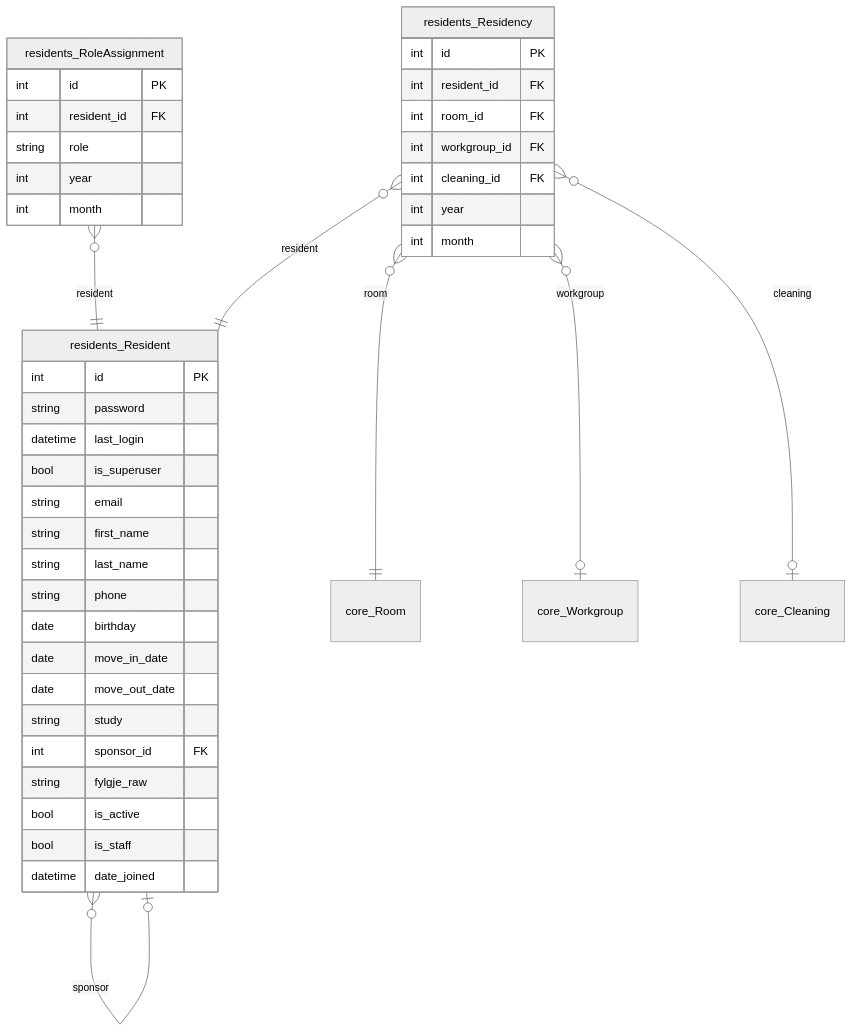
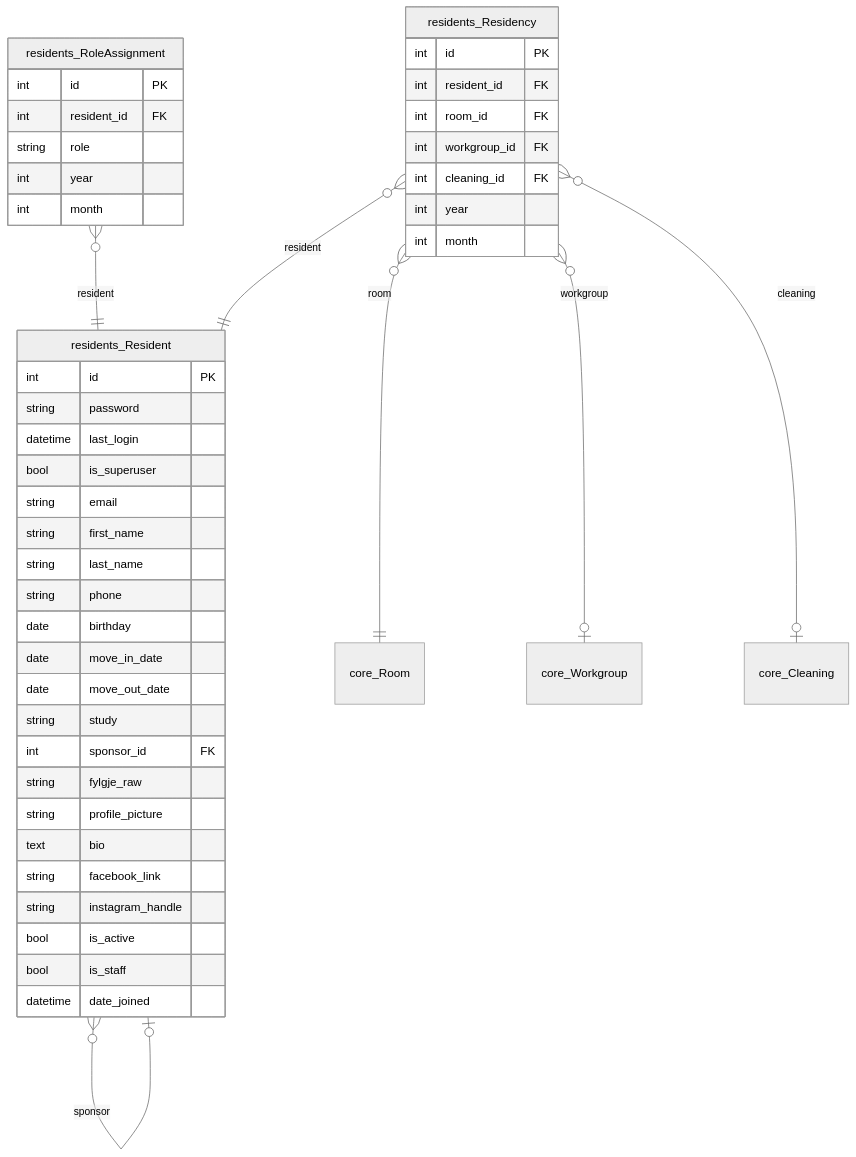
Before and after one commit to G-A-Hagemanns-Kollegium/ny_ny_intern: the ninth of 11 diagrams in docs/erd.md, drawn with Mermaid (neutral theme). The commit also changed other lines of this file and 16 other files, not shown here.

````diff
--- a/docs/erd.md
+++ b/docs/erd.md
@@ -708,53 +815,57 @@
 ```mermaid
 erDiagram
     residents_Resident {
         int id PK
         string password
         datetime last_login
         bool is_superuser
         string email
         string first_name
         string last_name
         string phone
         date birthday
         date move_in_date
         date move_out_date
         string study
         int sponsor_id FK
         string fylgje_raw
+        string profile_picture
+        text bio
+        string facebook_link
+        string instagram_handle
         bool is_active
         bool is_staff
         datetime date_joined
     }
 
     residents_Residency {
         int id PK
         int resident_id FK
         int room_id FK
         int workgroup_id FK
         int cleaning_id FK
         int year
         int month
     }
 
     residents_RoleAssignment {
         int id PK
         int resident_id FK
         string role
         int year
         int month
     }
 
     core_Cleaning { }
 
     core_Room { }
 
     core_Workgroup { }
 
     residents_Resident }o--|o residents_Resident : "sponsor"
     residents_Residency }o--|| residents_Resident : "resident"
     residents_Residency }o--|| core_Room : "room"
     residents_Residency }o--|o core_Workgroup : "workgroup"
     residents_Residency }o--|o core_Cleaning : "cleaning"
     residents_RoleAssignment }o--|| residents_Resident : "resident"
 ```
````
